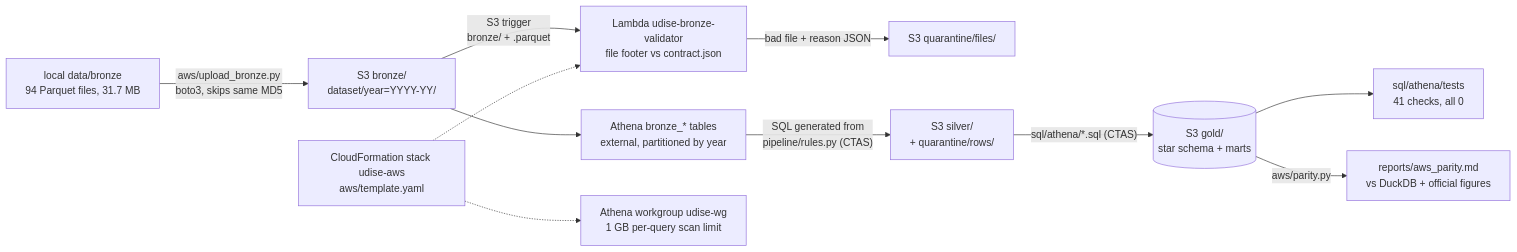
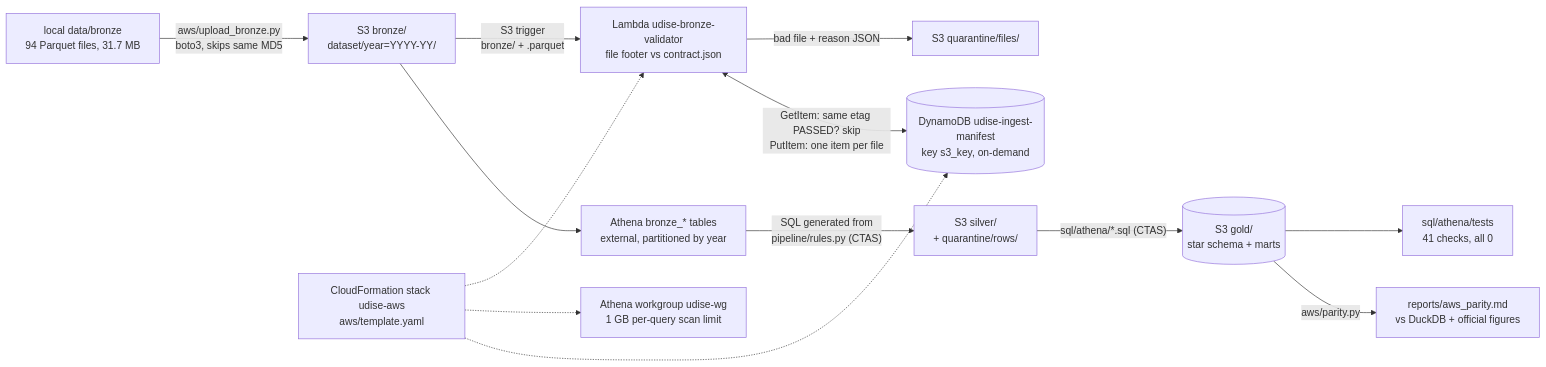
Before and after one commit to adi13apr/Rajasthan-Udise-Insights: the second of 2 diagrams in README.md, drawn with Mermaid. The commit also changed other lines of this file and 3 other files, not shown here.

First line of the commit message:
AWS docs: DynamoDB manifest in the README diagram and a short section; teardown checks the table

````diff
--- a/README.md
+++ b/README.md
@@ -162,13 +163,15 @@
 ```mermaid
 flowchart LR
     L["local data/bronze<br/>94 Parquet files, 31.7 MB"] -->|"aws/upload_bronze.py<br/>boto3, skips same MD5"| B["S3 bronze/<br/>dataset/year=YYYY-YY/"]
     B -->|"S3 trigger<br/>bronze/ + .parquet"| LV["Lambda udise-bronze-validator<br/>file footer vs contract.json"]
     LV -->|"bad file + reason JSON"| QF["S3 quarantine/files/"]
+    LV <-->|"GetItem: same etag PASSED? skip<br/>PutItem: one item per file"| M[("DynamoDB udise-ingest-manifest<br/>key s3_key, on-demand")]
     B --> AB["Athena bronze_* tables<br/>external, partitioned by year"]
     AB -->|"SQL generated from<br/>pipeline/rules.py (CTAS)"| S["S3 silver/<br/>+ quarantine/rows/"]
     S -->|"sql/athena/*.sql (CTAS)"| G[("S3 gold/<br/>star schema + marts")]
     G --> T["sql/athena/tests<br/>41 checks, all 0"]
     G -->|"aws/parity.py"| P["reports/aws_parity.md<br/>vs DuckDB + official figures"]
     CFN["CloudFormation stack udise-aws<br/>aws/template.yaml"] -.-> LV
     CFN -.-> WG["Athena workgroup udise-wg<br/>1 GB per-query scan limit"]
+    CFN -.-> M
 ```
````
